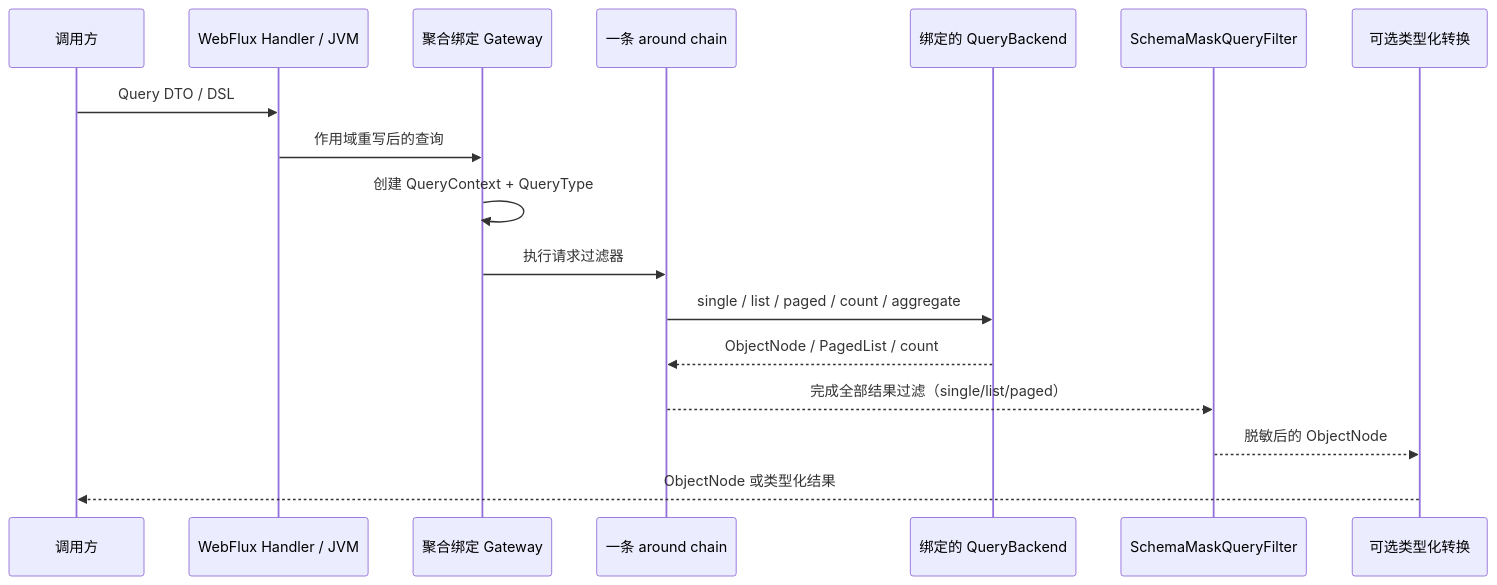
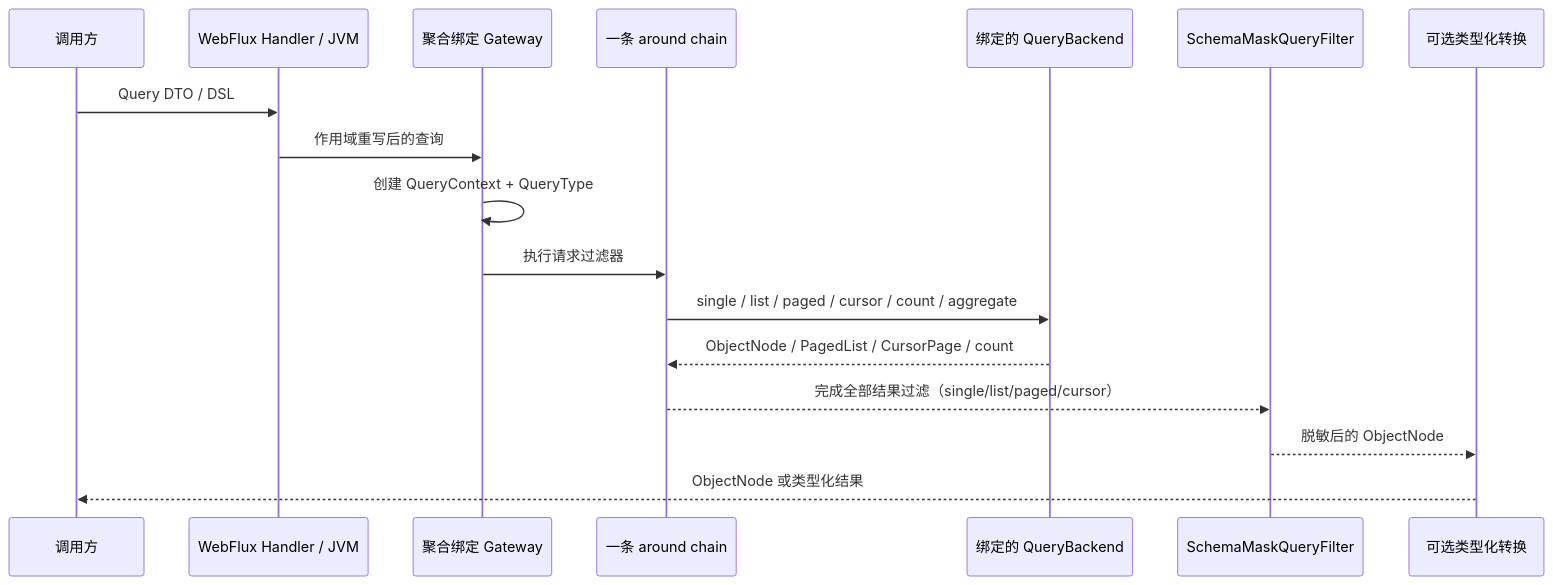
One commit to Ahoo-Wang/Wow changed the diagram in documentation/docs/zh/guide/query/query-gateway.md. Above: the diagram before and after it, drawn with Mermaid. The commit also changed other lines of this file and 13 other files, not shown here.

````diff
--- a/documentation/docs/zh/guide/query/query-gateway.md
+++ b/documentation/docs/zh/guide/query/query-gateway.md
@@ -18,19 +18,19 @@
 ```mermaid
 sequenceDiagram
     participant Caller as 调用方
     participant Entry as WebFlux Handler / JVM
     participant Gateway as 聚合绑定 Gateway
     participant Filters as 一条 around chain
     participant Backend as 绑定的 QueryBackend
     participant Mask as SchemaMaskQueryFilter
     participant Jackson as 可选类型化转换
     Caller->>Entry: Query DTO / DSL
     Entry->>Gateway: 作用域重写后的查询
     Gateway->>Gateway: 创建 QueryContext + QueryType
     Gateway->>Filters: 执行请求过滤器
-    Filters->>Backend: single / list / paged / count / aggregate
-    Backend-->>Filters: ObjectNode / PagedList / count
-    Filters-->>Mask: 完成全部结果过滤（single/list/paged）
+    Filters->>Backend: single / list / paged / cursor / count / aggregate
+    Backend-->>Filters: ObjectNode / PagedList / CursorPage / count
+    Filters-->>Mask: 完成全部结果过滤（single/list/paged/cursor）
     Mask-->>Jackson: 脱敏后的 ObjectNode
     Jackson-->>Caller: ObjectNode 或类型化结果
 ```
````
